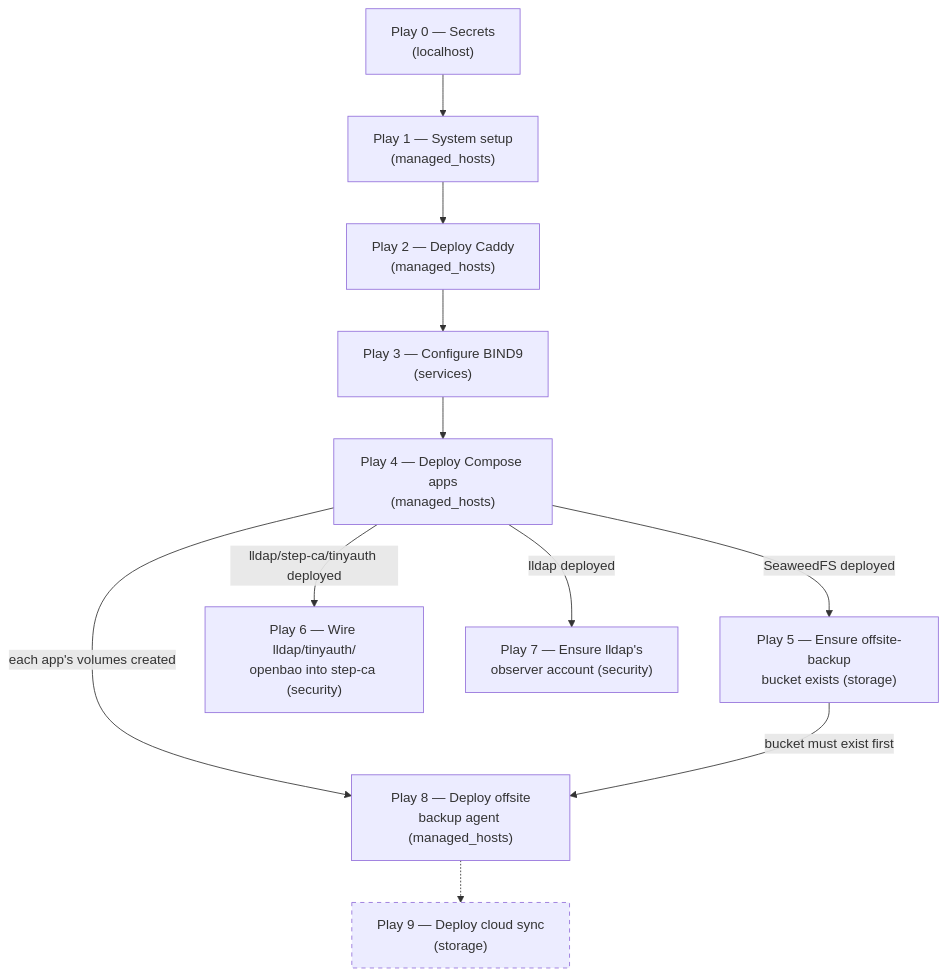
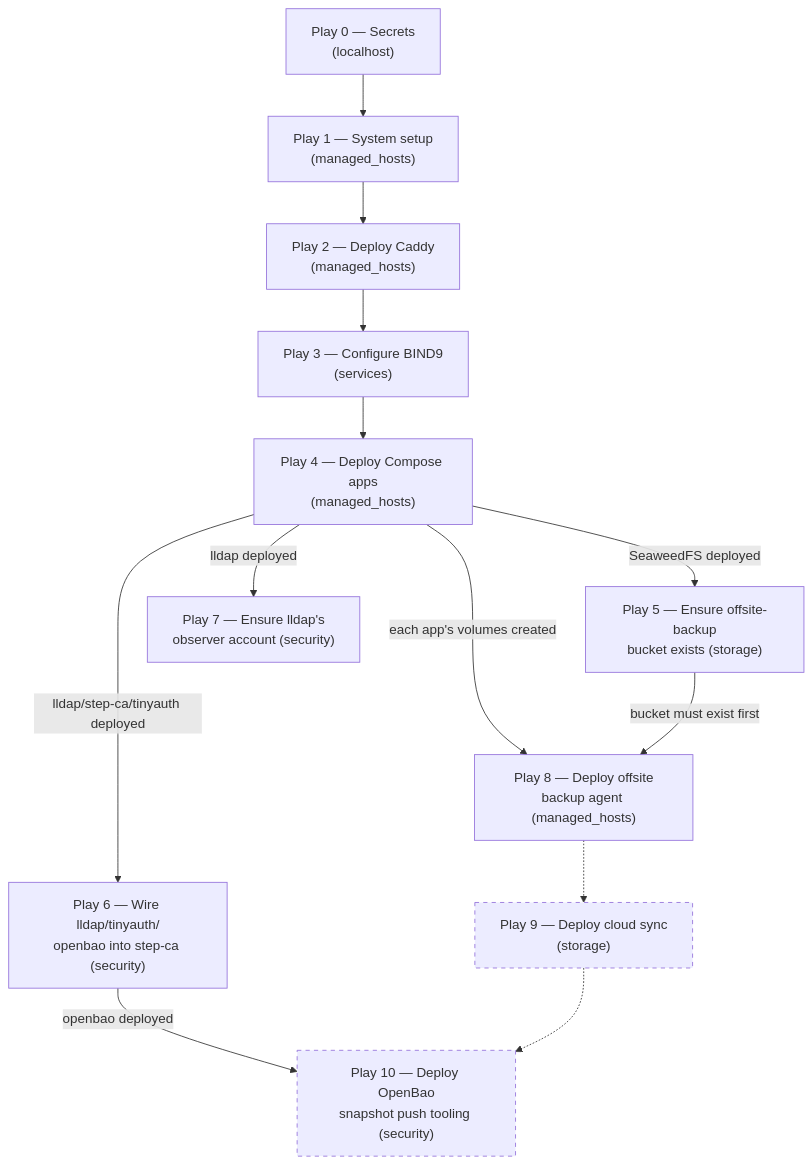
The diagram in docs/deployment-flow.md (wenenhoe/homelab), drawn with Mermaid before and after one commit. The commit also changed other lines of this file and 12 other files, not shown here.

Commit message:
feat: Add backup restore for openbao snapshot

````diff
--- a/docs/deployment-flow.md
+++ b/docs/deployment-flow.md
@@ -8,23 +8,27 @@
 ```mermaid
 flowchart TD
     p0["Play 0 — Secrets<br/>(localhost)"]
     p1["Play 1 — System setup<br/>(managed_hosts)"]
     p2["Play 2 — Deploy Caddy<br/>(managed_hosts)"]
     p3["Play 3 — Configure BIND9<br/>(services)"]
     p4["Play 4 — Deploy Compose apps<br/>(managed_hosts)"]
     p5["Play 5 — Ensure offsite-backup<br/>bucket exists (storage)"]
     p6["Play 6 — Wire lldap/tinyauth/<br/>openbao into step-ca (security)"]
     p7["Play 7 — Ensure lldap's<br/>observer account (security)"]
     p8["Play 8 — Deploy offsite<br/>backup agent (managed_hosts)"]
     p9["Play 9 — Deploy cloud sync<br/>(storage)"]
+    p10["Play 10 — Deploy OpenBao<br/>snapshot push tooling (security)"]
 
     p0 --> p1 --> p2 --> p3 --> p4
     p4 -- "SeaweedFS deployed" --> p5
     p4 -- "lldap/step-ca/tinyauth deployed" --> p6
     p4 -- "lldap deployed" --> p7
     p4 -- "each app's volumes created" --> p8
     p5 -- "bucket must exist first" --> p8
     p8 -.-> p9
+    p6 -- "openbao deployed" --> p10
+    p9 -.-> p10
 
     style p9 stroke-dasharray: 5 5
+    style p10 stroke-dasharray: 5 5
 ```
````
